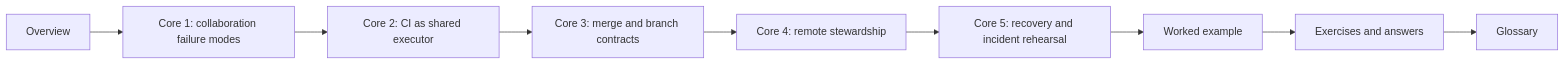
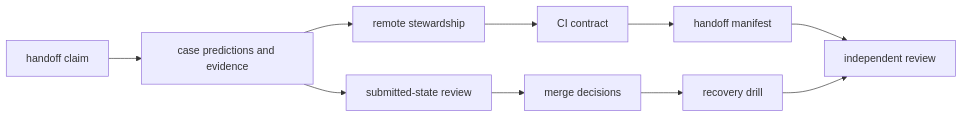
Before and after one commit to bijux/bijux-masterclass: the fourth of 4 diagrams in programs/reproducible-research/deep-dive-dvc/course-book/module-07-collaboration-ci-social-contracts/index.md, drawn with Mermaid. The commit also changed other lines of this file, not shown here.

Commit message:
docs(dvc): orient independent handoff review study

````diff
--- a/programs/reproducible-research/deep-dive-dvc/course-book/module-07-collaboration-ci-social-contracts/index.md
+++ b/programs/reproducible-research/deep-dive-dvc/course-book/module-07-collaboration-ci-social-contracts/index.md
@@ -77,11 +206,12 @@
 ```mermaid
 flowchart LR
-  overview["Overview"] --> core1["Core 1: collaboration failure modes"]
-  core1 --> core2["Core 2: CI as shared executor"]
-  core2 --> core3["Core 3: merge and branch contracts"]
-  core3 --> core4["Core 4: remote stewardship"]
-  core4 --> core5["Core 5: recovery and incident rehearsal"]
-  core5 --> example["Worked example"]
-  example --> practice["Exercises and answers"]
-  practice --> glossary["Glossary"]
+  claim["handoff claim"] --> cases["case predictions and evidence"]
+  cases --> remote["remote stewardship"]
+  cases --> submitted["submitted-state review"]
+  remote --> ci["CI contract"]
+  submitted --> decisions["merge decisions"]
+  ci --> manifest["handoff manifest"]
+  decisions --> drill["recovery drill"]
+  manifest --> review["independent review"]
+  drill --> review
 ```
````
